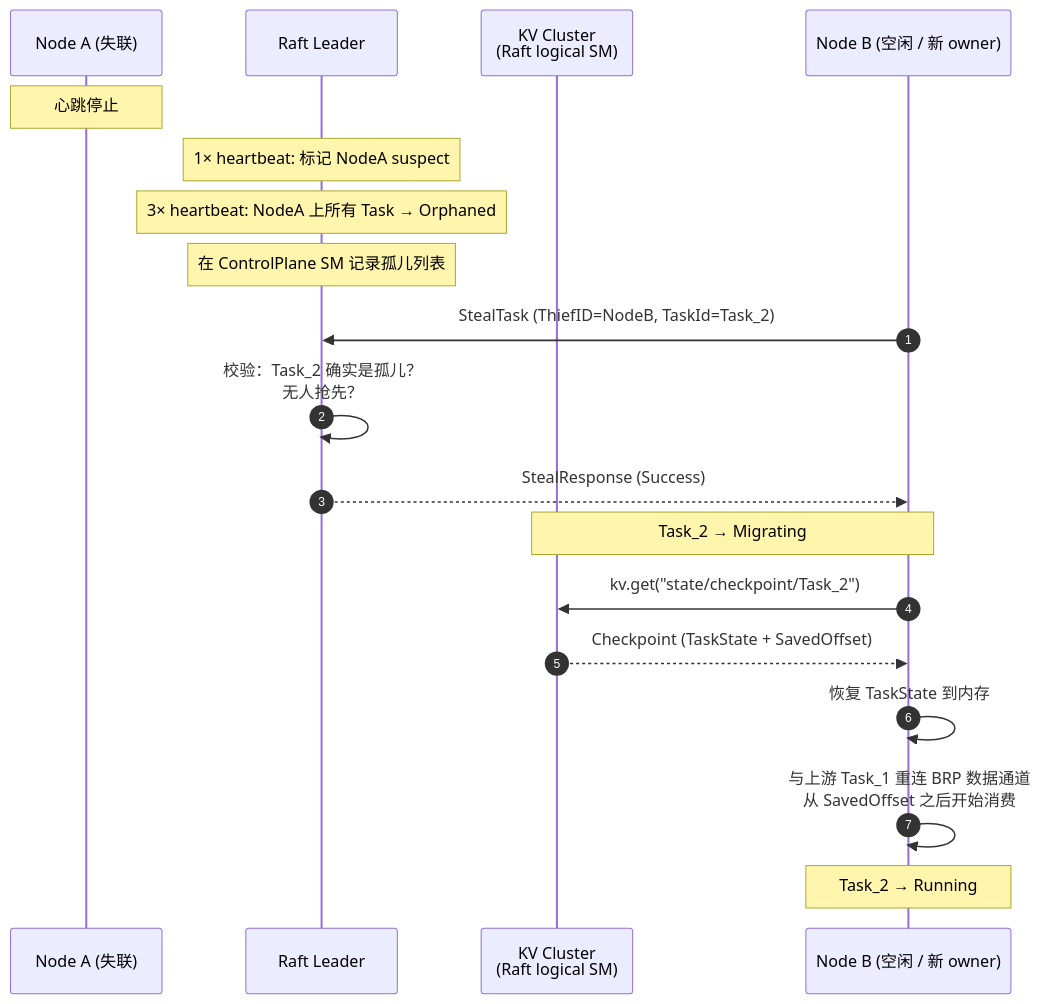
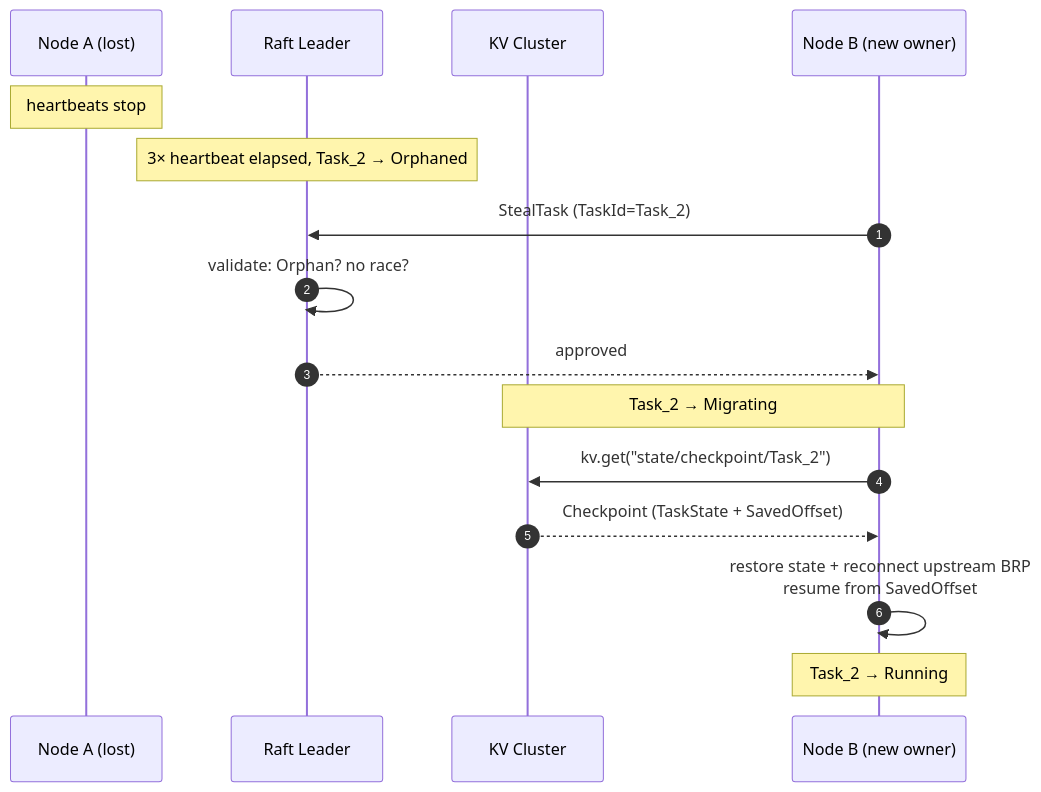
The fifth of 6 diagrams in docs/architecture.md (smitea/bee), drawn with Mermaid before and after one commit. The commit also changed other lines of this file and 21 other files, not shown here.

````diff
--- a/docs/architecture.md
+++ b/docs/architecture.md
@@ -314,22 +362,18 @@
 ```mermaid
 sequenceDiagram
     autonumber
-    participant NodeA as Node A (失联)
+    participant NodeA as Node A (lost)
     participant Leader as Raft Leader
-    participant KV as KV Cluster<br/>(Raft logical SM)
-    participant NodeB as Node B (空闲 / 新 owner)
-
-    Note over NodeA: 心跳停止
-    Note over Leader: 1× heartbeat: 标记 NodeA suspect
-    Note over Leader: 3× heartbeat: NodeA 上所有 Task → Orphaned
-    Note over Leader: 在 ControlPlane SM 记录孤儿列表
-    NodeB->>Leader: StealTask (ThiefID=NodeB, TaskId=Task_2)
-    Leader->>Leader: 校验：Task_2 确实是孤儿？<br/>无人抢先？
-    Leader-->>NodeB: StealResponse (Success)
+    participant KV as KV Cluster
+    participant NodeB as Node B (new owner)
+    Note over NodeA: heartbeats stop
+    Note over Leader: 3× heartbeat elapsed, Task_2 → Orphaned
+    NodeB->>Leader: StealTask (TaskId=Task_2)
+    Leader->>Leader: validate: Orphan? no race?
+    Leader-->>NodeB: approved
     Note over NodeB,KV: Task_2 → Migrating
     NodeB->>KV: kv.get("state/checkpoint/Task_2")
     KV-->>NodeB: Checkpoint (TaskState + SavedOffset)
-    NodeB->>NodeB: 恢复 TaskState 到内存
-    NodeB->>NodeB: 与上游 Task_1 重连 BRP 数据通道<br/>从 SavedOffset 之后开始消费
+    NodeB->>NodeB: restore state + reconnect upstream BRP<br/>resume from SavedOffset
     Note over NodeB: Task_2 → Running
 ```
````
